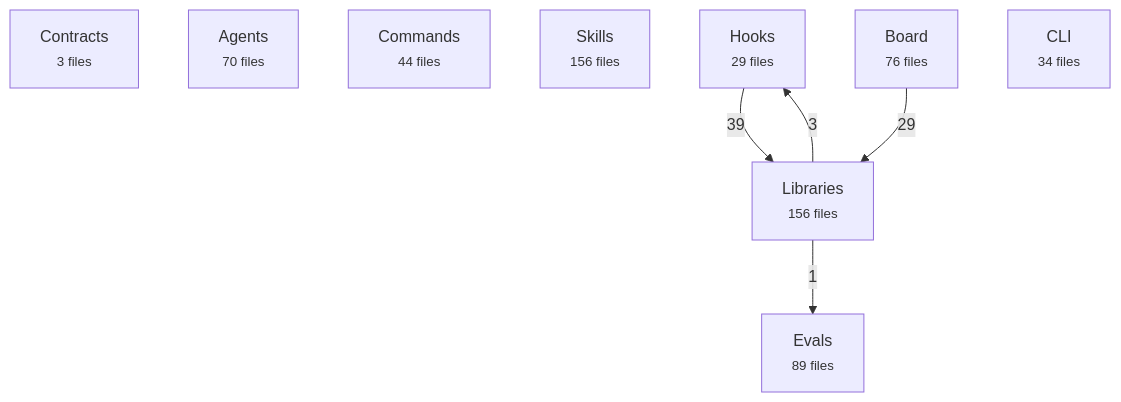
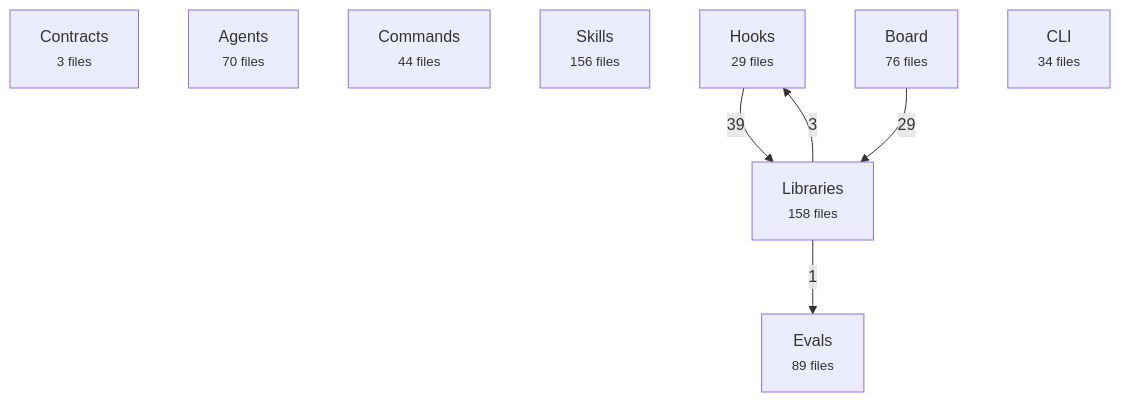
Before and after one commit to avelikiy/great_cto: the first of 2 diagrams in docs/reference/architecture-map.md, drawn with Mermaid. The commit also changed other lines of this file and 38 other files, not shown here.

````diff
--- a/docs/reference/architecture-map.md
+++ b/docs/reference/architecture-map.md
@@ -20,16 +20,16 @@
 ```mermaid
 flowchart TD
   contracts["Contracts<br/><small>3 files</small>"]
   agents["Agents<br/><small>70 files</small>"]
   commands["Commands<br/><small>44 files</small>"]
   skills["Skills<br/><small>156 files</small>"]
   hooks["Hooks<br/><small>29 files</small>"]
-  libs["Libraries<br/><small>156 files</small>"]
+  libs["Libraries<br/><small>158 files</small>"]
   board["Board<br/><small>76 files</small>"]
   cli["CLI<br/><small>34 files</small>"]
   evals["Evals<br/><small>89 files</small>"]
   hooks -->|39| libs
   board -->|29| libs
   libs -->|3| hooks
   libs -->|1| evals
 ```
````
